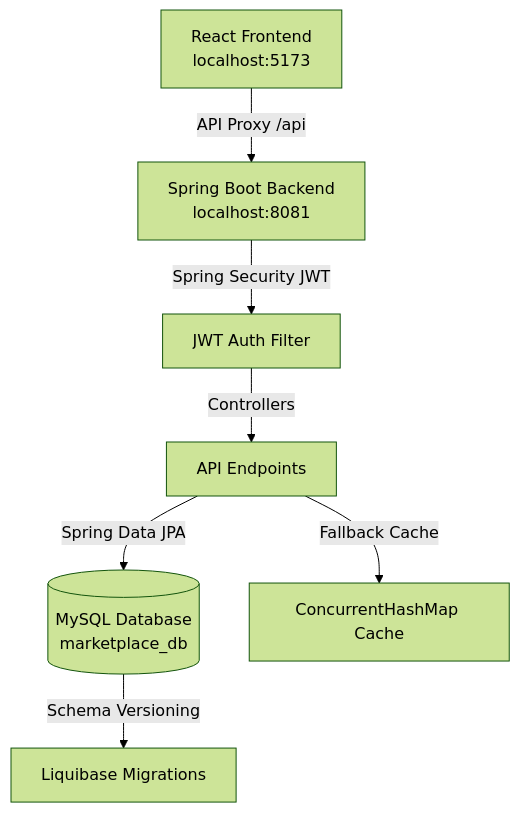
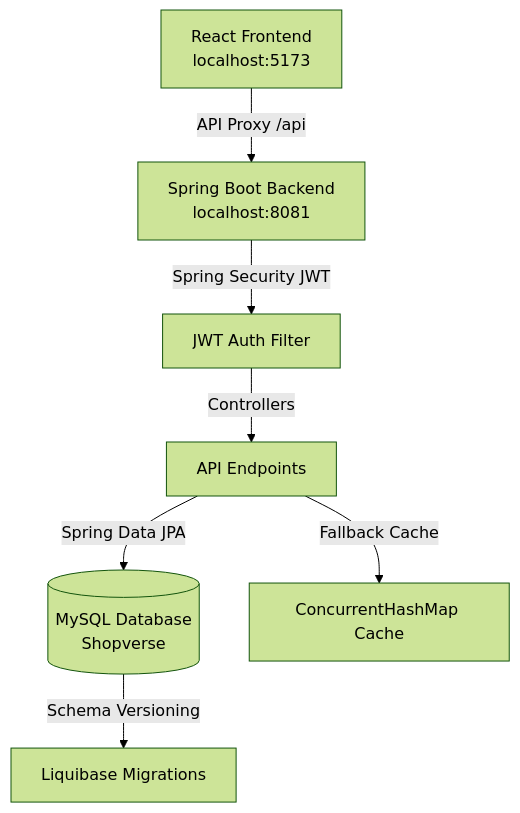
One commit to PRAJWAL405/Shopverse changed the diagram in README.md. Above: the diagram before and after it, drawn with Mermaid (forest theme). The commit also changed other lines of this file and 2 other files, not shown here.

Commit message:
config: update database name to Shopverse in connection strings

````diff
--- a/README.md
+++ b/README.md
@@ -13,9 +13,9 @@
 ```mermaid
 graph TD
     Client[React Frontend <br/> localhost:5173] -->|API Proxy /api| Gateway[Spring Boot Backend <br/> localhost:8081]
     Gateway -->|Spring Security JWT| AuthFilter[JWT Auth Filter]
     AuthFilter -->|Controllers| API[API Endpoints]
-    API -->|Spring Data JPA| DB[(MySQL Database <br/> marketplace_db)]
+    API -->|Spring Data JPA| DB[(MySQL Database <br/> Shopverse)]
     API -->|Fallback Cache| Cache[ConcurrentHashMap Cache]
     DB -->|Schema Versioning| Liquibase[Liquibase Migrations]
 ```
````
